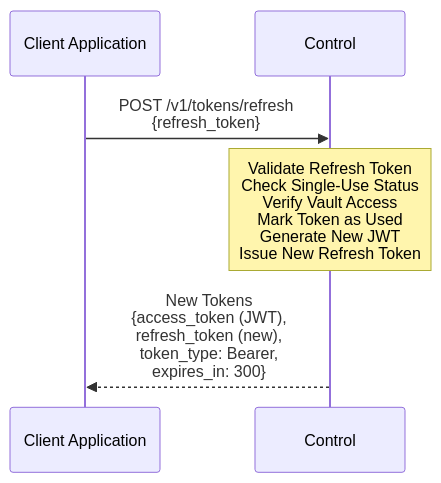
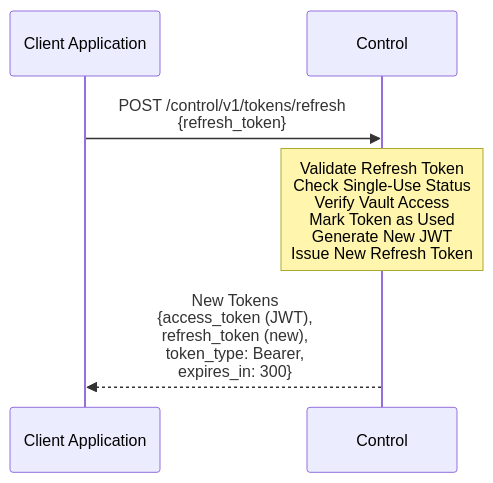
The second of 8 diagrams in docs/authentication.md (inferadb/control), drawn with Mermaid before and after one commit. The commit also changed other lines of this file and 49 other files, not shown here.

````diff
--- a/docs/authentication.md
+++ b/docs/authentication.md
@@ -286,11 +286,11 @@
 ```mermaid
 sequenceDiagram
     participant Client as Client Application
     participant MgmtAPI as Control
 
-    Client->>MgmtAPI: POST /v1/tokens/refresh<br/>{refresh_token}
+    Client->>MgmtAPI: POST /control/v1/tokens/refresh<br/>{refresh_token}
 
     Note over MgmtAPI: Validate Refresh Token<br/>Check Single-Use Status<br/>Verify Vault Access<br/>Mark Token as Used<br/>Generate New JWT<br/>Issue New Refresh Token
 
     MgmtAPI-->>Client: New Tokens<br/>{access_token (JWT),<br/>refresh_token (new),<br/>token_type: Bearer,<br/>expires_in: 300}
 ```
````
